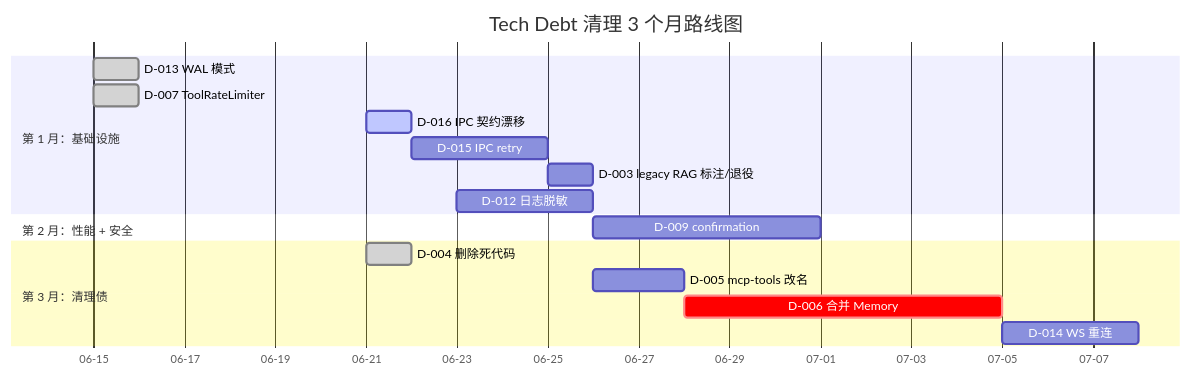
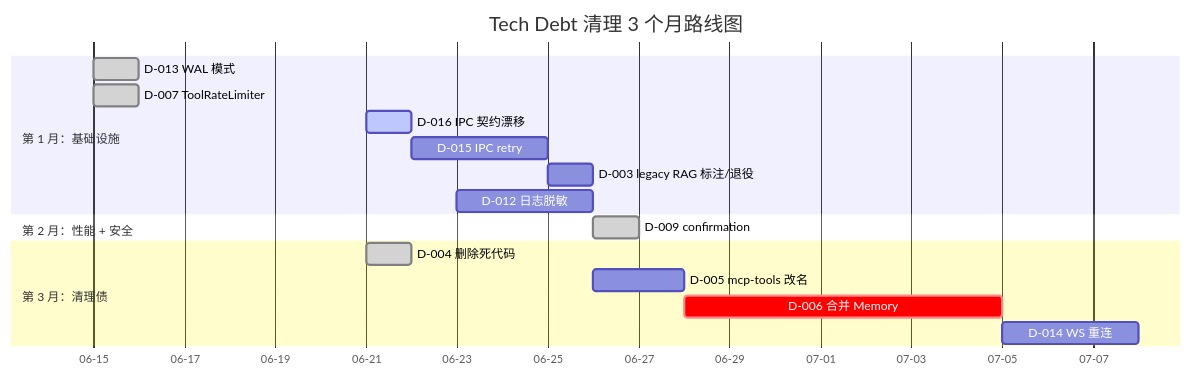
Before and after one commit to LanicBlue/zero-core: the third of 3 diagrams in docs/arch/10-tech-debt-architect-view.md, drawn with Mermaid. The commit also changed other lines of this file, not shown here.

````diff
--- a/docs/arch/10-tech-debt-architect-view.md
+++ b/docs/arch/10-tech-debt-architect-view.md
@@ -379,23 +376,23 @@
 ```mermaid
 gantt
     title Tech Debt 清理 3 个月路线图
     dateFormat  YYYY-MM-DD
     axisFormat %m-%d
 
     section 第 1 月：基础设施
     D-013 WAL 模式           :done, t1, 2026-06-15, 1d
     D-007 ToolRateLimiter    :done, t1b, 2026-06-15, 1d
     D-016 IPC 契约漂移       :active, t0, 2026-06-21, 1d
     D-015 IPC retry          :t2, after t0, 3d
     D-003 legacy RAG 标注/退役 :t3, after t2, 1d
     D-012 日志脱敏           :t4, 2026-06-23, 3d
 
     section 第 2 月：性能 + 安全
-    D-009 confirmation       :t6, after t3, 5d
+    D-009 confirmation       :done, t6, after t3, 1d
 
     section 第 3 月：清理债
     D-004 删除死代码         :done, t7, 2026-06-21, 1d
     D-005 mcp-tools 改名     :t8, after t4, 2d
     D-006 合并 Memory        :crit, t9, after t8, 7d
     D-014 WS 重连            :t10, after t9, 3d
 ```
````
